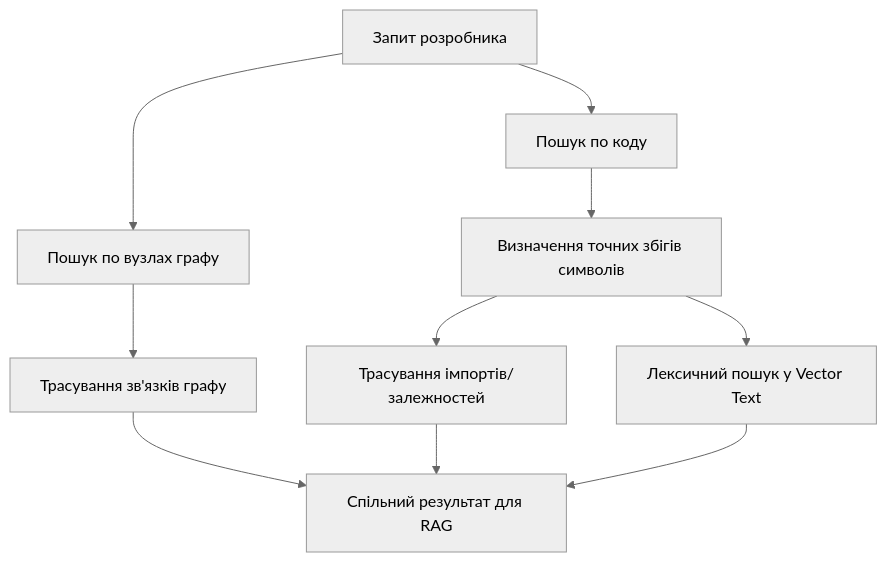
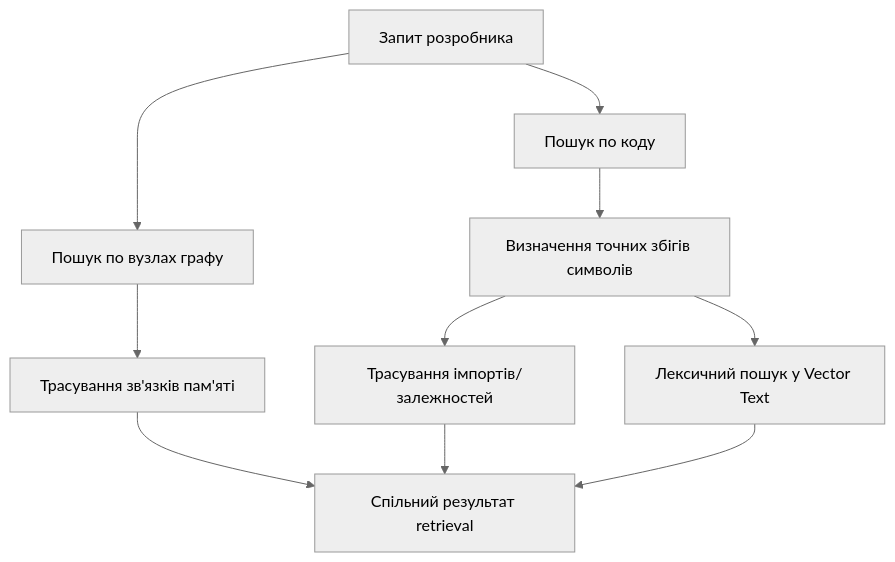
One commit to OlexiMakee/memory_os_public changed the diagram in src/memory_os/docs/encyclopedia/search.md. Above: the diagram before and after it, drawn with Mermaid (neutral theme). The commit also changed other lines of this file and 338 other files, not shown here.

````diff
--- a/src/memory_os/docs/encyclopedia/search.md
+++ b/src/memory_os/docs/encyclopedia/search.md
@@ -53,15 +53,15 @@
 ```mermaid
 graph TD
     Query[Запит розробника] --> MNodes[Пошук по вузлах графу]
     Query --> CFiles[Пошук по коду]
     
-    MNodes --> TraverseGraph[Трасування зв'язків графу]
+    MNodes --> TraverseGraph[Трасування зв'язків пам'яті]
     CFiles --> MatchSymbols[Визначення точних збігів символів]
     
     MatchSymbols --> TraverseDeps[Трасування імпортів/залежностей]
     MatchSymbols --> LexicalSearch[Лексичний пошук у Vector Text]
     
-    TraverseGraph --> Output[Спільний результат для RAG]
+    TraverseGraph --> Output[Спільний результат retrieval]
     TraverseDeps --> Output
     LexicalSearch --> Output
 ```
````
